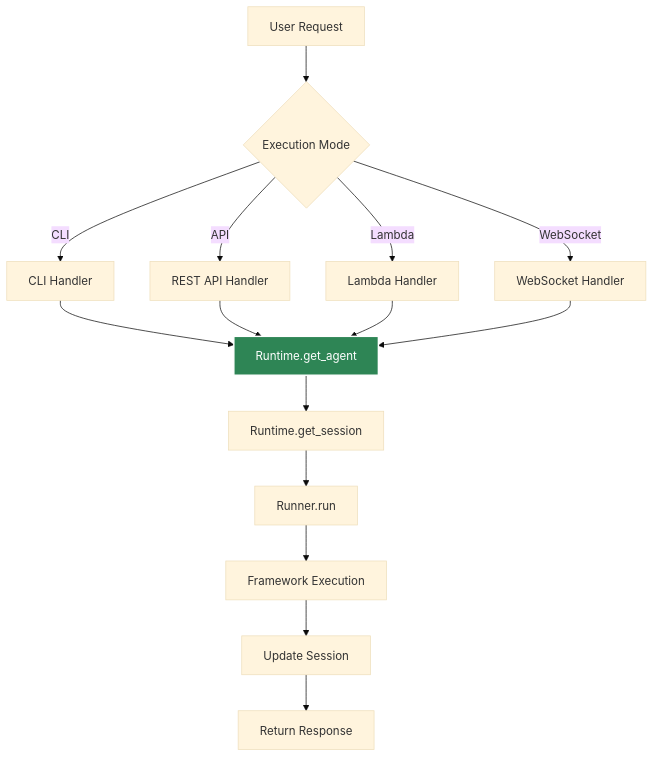
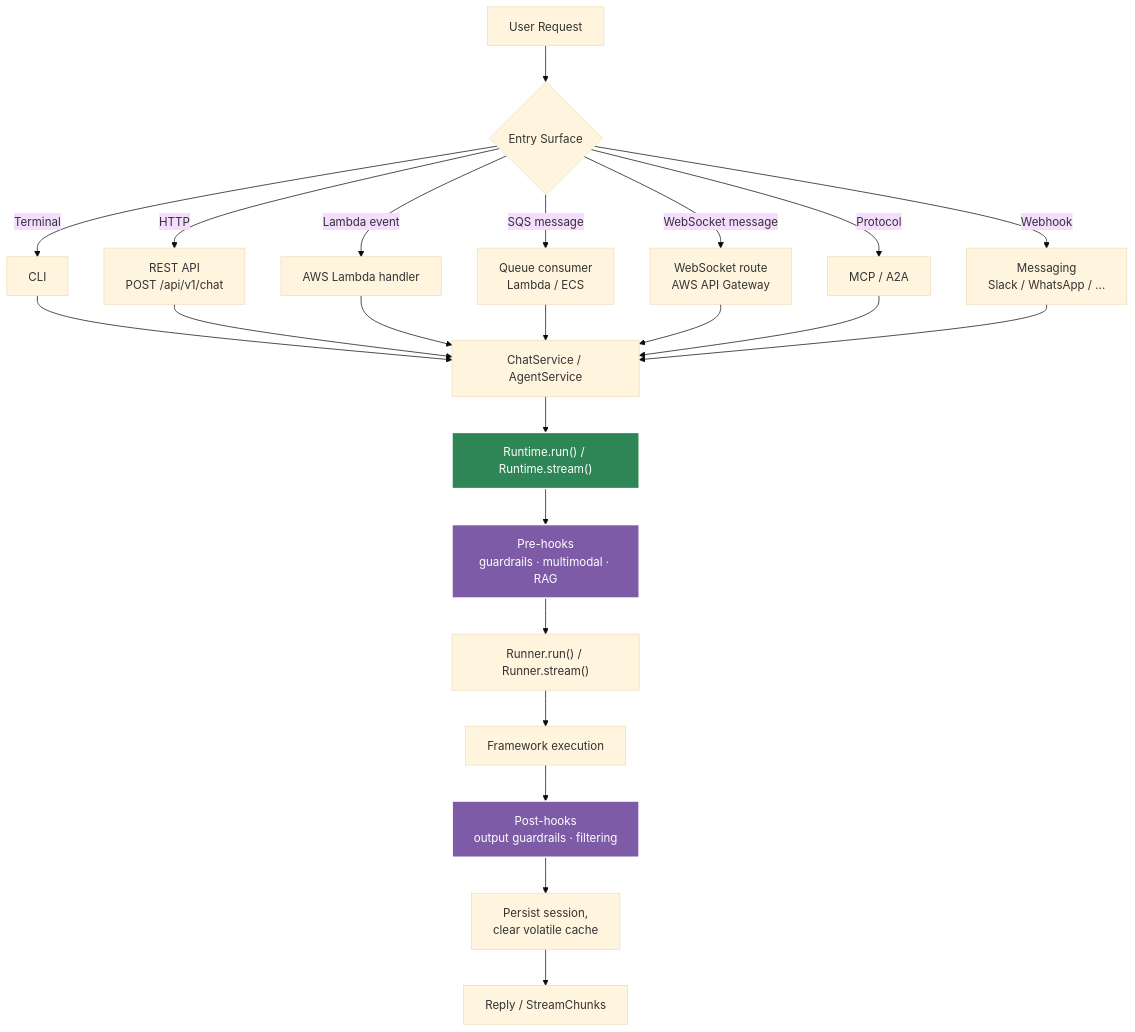
The first of 6 diagrams in docs/docs/architecture/execution-flow.md (yaalalabs/agent-kernel), drawn with Mermaid (base theme) before and after one commit. The commit also changed other lines of this file and 41 other files, not shown here.

````diff
--- a/docs/docs/architecture/execution-flow.md
+++ b/docs/docs/architecture/execution-flow.md
@@ -11,21 +13,31 @@
 ```mermaid
 graph TD
-    A[User Request] --> B{Execution Mode}
-    B -->|CLI| C[CLI Handler]
-    B -->|API| D[REST API Handler]
-    B -->|Lambda| E[Lambda Handler]
-    B -->|WebSocket| F[WebSocket Handler]
-    
-    C --> G[Runtime.get_agent]
+    A[User Request] --> B{Entry Surface}
+    B -->|Terminal| C[CLI]
+    B -->|HTTP| D[REST API<br/>POST /api/v1/chat]
+    B -->|Lambda event| E[AWS Lambda handler]
+    B -->|SQS message| Q[Queue consumer<br/>Lambda / ECS]
+    B -->|WebSocket message| F[WebSocket route<br/>AWS API Gateway]
+    B -->|Protocol| P[MCP / A2A]
+    B -->|Webhook| MSG[Messaging<br/>Slack / WhatsApp / ...]
+
+    C --> G[ChatService / AgentService]
     D --> G
     E --> G
+    Q --> G
     F --> G
-    
-    G --> H[Runtime.get_session]
-    H --> I[Runner.run]
-    I --> J[Framework Execution]
-    J --> K[Update Session]
-    K --> L[Return Response]
-    
-    style G fill:#2e8555,stroke:#fff,stroke-width:2px,color:#fff
+    P --> G
+    MSG --> G
+
+    G --> H["Runtime.run() / Runtime.stream()"]
+    H --> I[Pre-hooks<br/>guardrails · multimodal · RAG]
+    I --> J["Runner.run() / Runner.stream()"]
+    J --> K[Framework execution]
+    K --> L[Post-hooks<br/>output guardrails · filtering]
+    L --> M[Persist session,<br/>clear volatile cache]
+    M --> N[Reply / StreamChunks]
+
+    style H fill:#2e8555,stroke:#fff,stroke-width:2px,color:#fff
+    style I fill:#7d5ba6,stroke:#fff,stroke-width:2px,color:#fff
+    style L fill:#7d5ba6,stroke:#fff,stroke-width:2px,color:#fff
 ```
````
